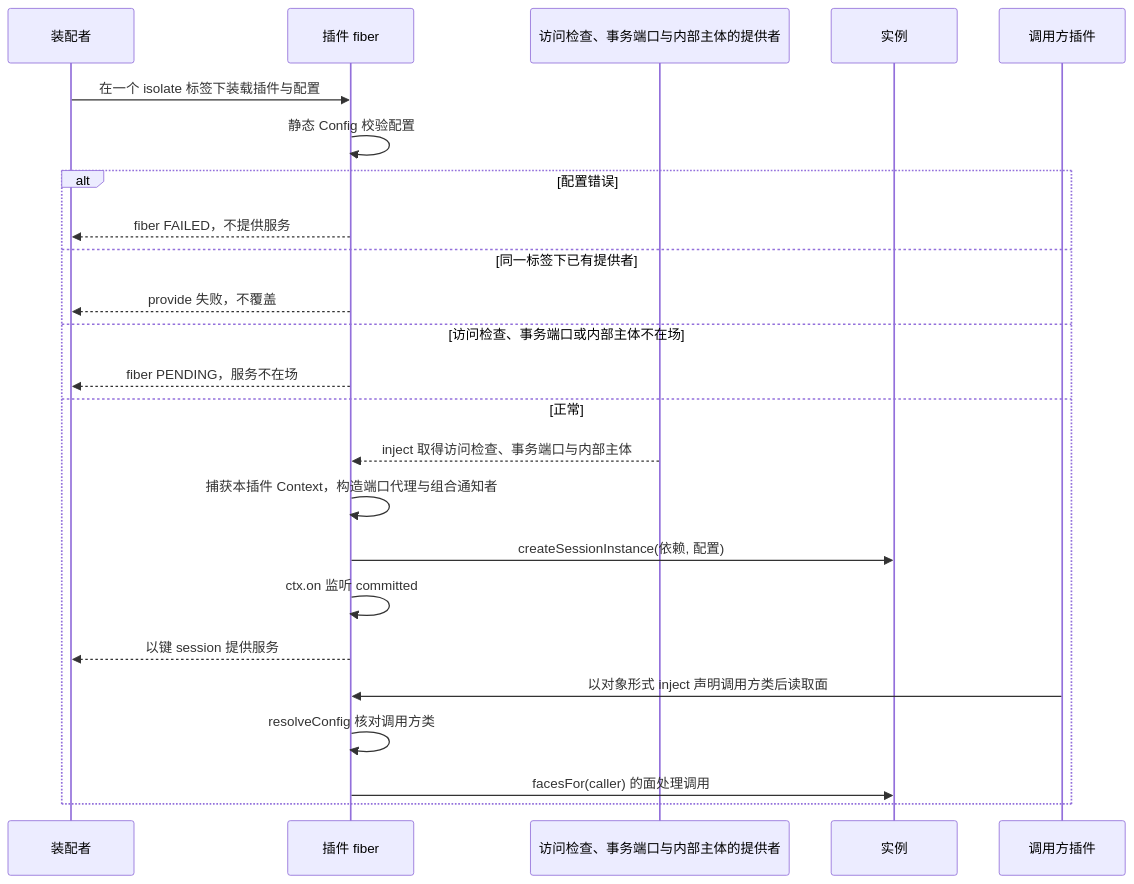
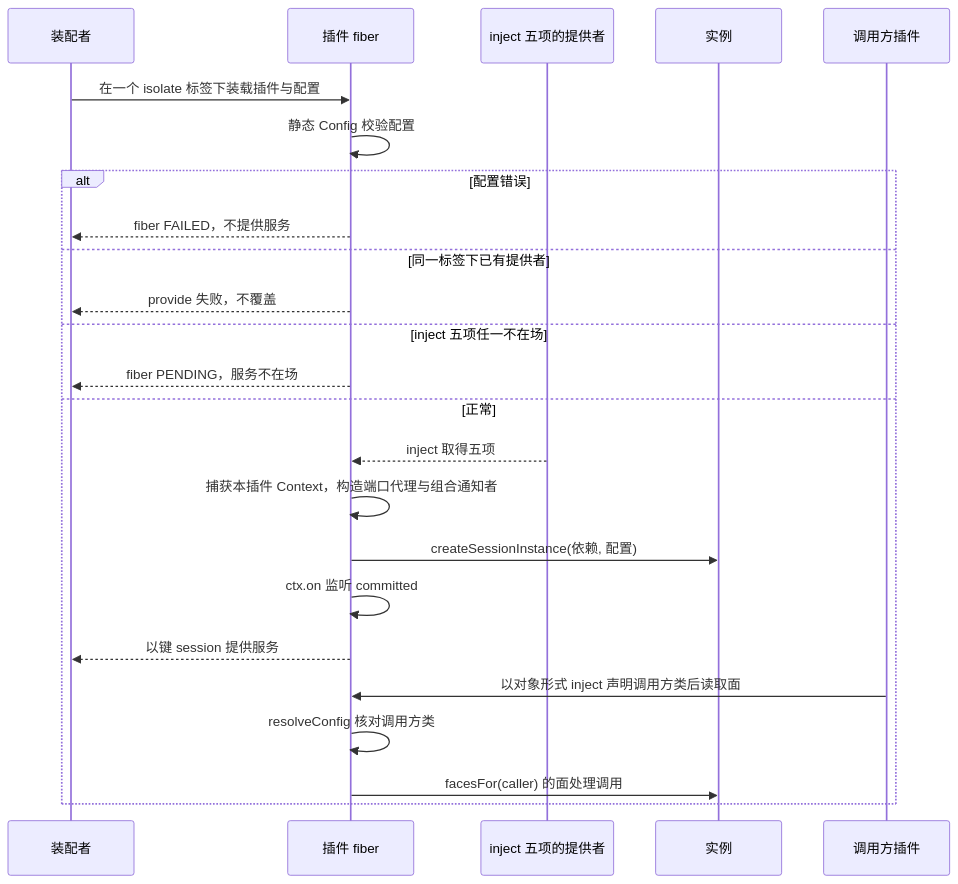
One commit to nemori-ai/omne-harness-lite changed the first of 4 diagrams in packages/session/session-cordis/docs/flows.md. Above: the diagram before and after it, drawn with Mermaid. The commit also changed other lines of this file and 23 other files, not shown here.

````diff
--- a/packages/session/session-cordis/docs/flows.md
+++ b/packages/session/session-cordis/docs/flows.md
@@ -15,26 +15,26 @@
 ```mermaid
 sequenceDiagram
   participant A as 装配者
   participant F as 插件 fiber
-  participant T as 访问检查、事务端口与内部主体的提供者
+  participant T as inject 五项的提供者
   participant I as 实例
   participant L as 调用方插件
   A->>F: 在一个 isolate 标签下装载插件与配置
   F->>F: 静态 Config 校验配置
   alt 配置错误
     F-->>A: fiber FAILED，不提供服务
   else 同一标签下已有提供者
     F-->>A: provide 失败，不覆盖
-  else 访问检查、事务端口或内部主体不在场
+  else inject 五项任一不在场
     F-->>A: fiber PENDING，服务不在场
   else 正常
-    T-->>F: inject 取得访问检查、事务端口与内部主体
+    T-->>F: inject 取得五项
     F->>F: 捕获本插件 Context，构造端口代理与组合通知者
     F->>I: createSessionInstance(依赖, 配置)
     F->>F: ctx.on 监听 committed
     F-->>A: 以键 session 提供服务
     L->>F: 以对象形式 inject 声明调用方类后读取面
     F->>F: resolveConfig 核对调用方类
     F->>I: facesFor(caller) 的面处理调用
   end
 ```
````
